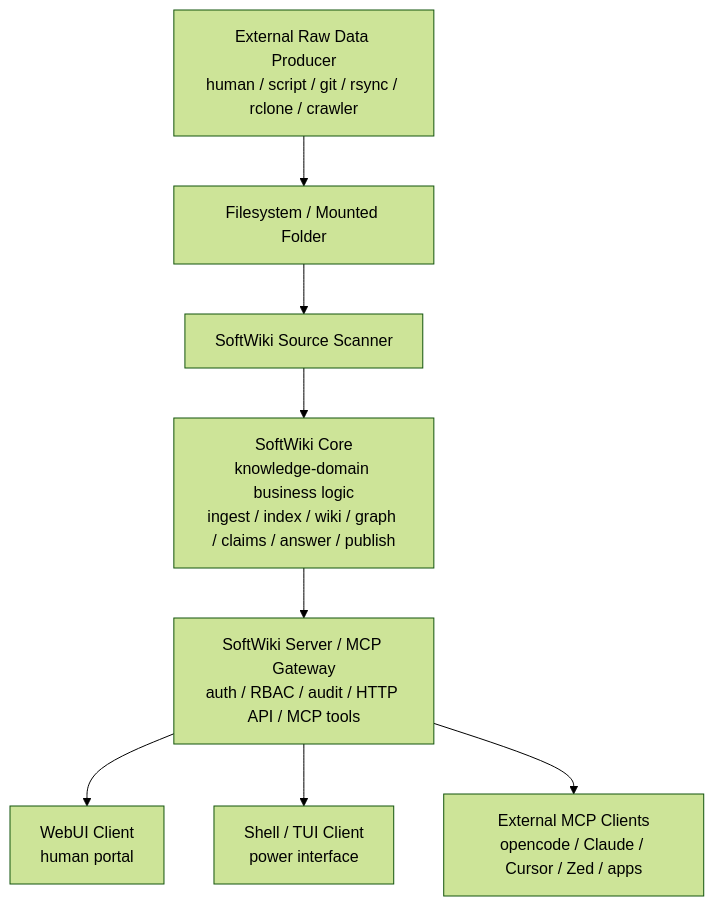
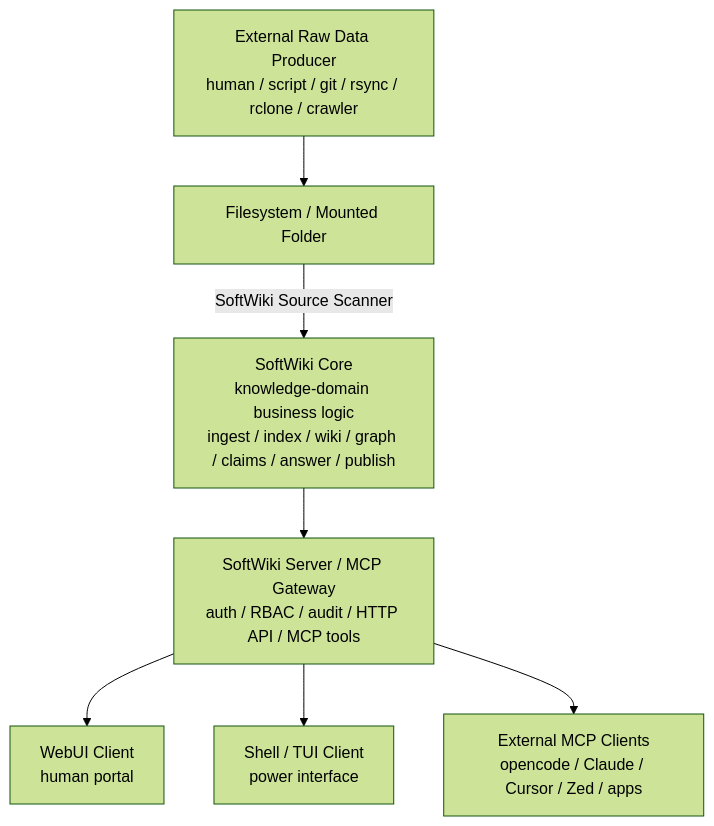
One commit to fayememe/softwiki changed the diagram in docs/application-system.md. Above: the diagram before and after it, drawn with Mermaid (forest theme).

Commit message:
Scanner node -> edge label

````diff
--- a/docs/application-system.md
+++ b/docs/application-system.md
@@ -129,10 +129,9 @@
 ```mermaid
 graph TD
     Producer["External Raw Data Producer<br/>human / script / git / rsync / rclone / crawler"] --> FS["Filesystem / Mounted Folder"]
-    FS --> Scanner["SoftWiki Source Scanner"]
-    Scanner --> Core["SoftWiki Core<br/>knowledge-domain business logic<br/>ingest / index / wiki / graph / claims / answer / publish"]
+    FS -->|SoftWiki Source Scanner| Core["SoftWiki Core<br/>knowledge-domain business logic<br/>ingest / index / wiki / graph / claims / answer / publish"]
     Core --> Gateway["SoftWiki Server / MCP Gateway<br/>auth / RBAC / audit / HTTP API / MCP tools"]
     Gateway --> WebUI["WebUI Client<br/>human portal"]
     Gateway --> Shell["Shell / TUI Client<br/>power interface"]
     Gateway --> ExtClients["External MCP Clients<br/>opencode / Claude / Cursor / Zed / apps"]
 ```
````
